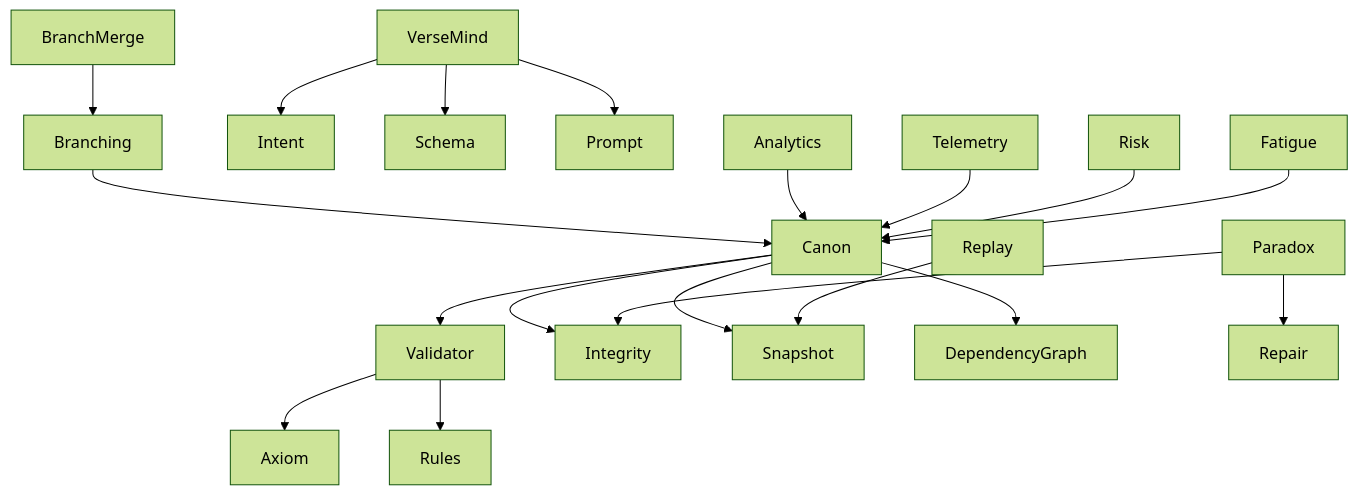
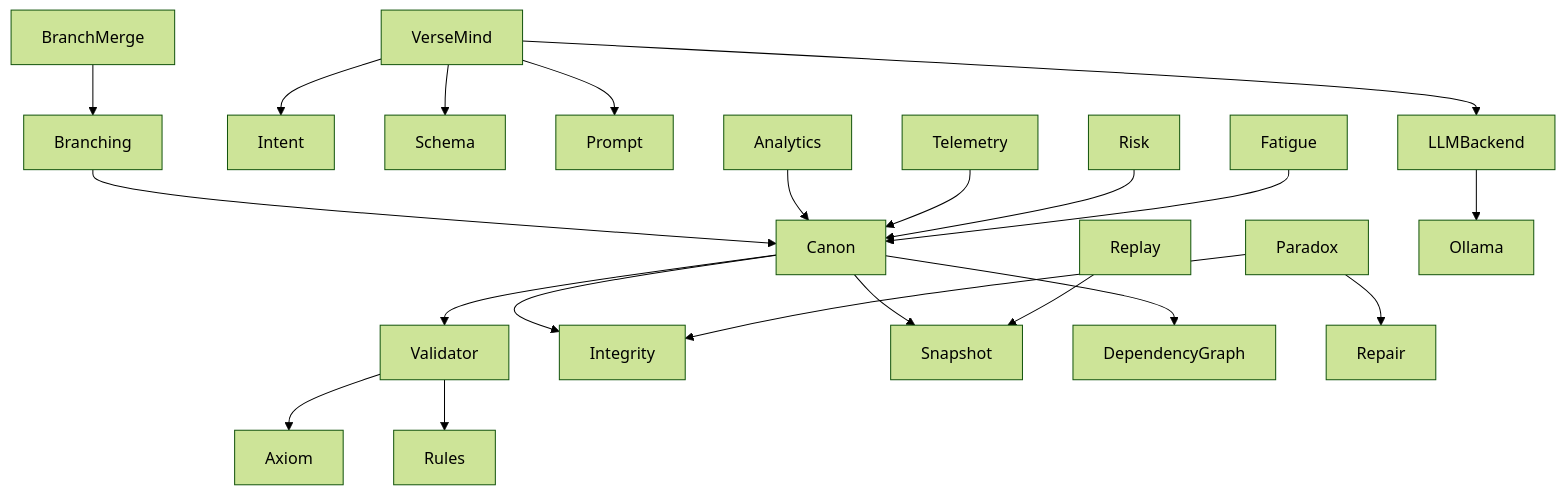
The first of 3 diagrams in DIAGRAMS.md (kabirak2/-purg-e-ngine-), drawn with Mermaid (forest theme) before and after one commit. The commit also changed other lines of this file and 2 other files, not shown here.

Commit message:
Clarify LLM backend abstraction and experimental Ollama integration

`````diff
--- a/DIAGRAMS.md
+++ b/DIAGRAMS.md
@@ -14,26 +14,30 @@
 ```mermaid
 graph TD
     Canon --> Validator
     Canon --> Integrity
     Canon --> Snapshot
     Canon --> DependencyGraph
 
     Validator --> Axiom
     Validator --> Rules
 
     Branching --> Canon
     BranchMerge --> Branching
     Replay --> Snapshot
 
     Paradox --> Integrity
     Paradox --> Repair
 
     VerseMind --> Intent
     VerseMind --> Schema
     VerseMind --> Prompt
+    VerseMind --> LLMBackend
+
+    LLMBackend --> Ollama
+
 
     Analytics --> Canon
     Telemetry --> Canon
     Risk --> Canon
     Fatigue --> Canon
 ````
`````
